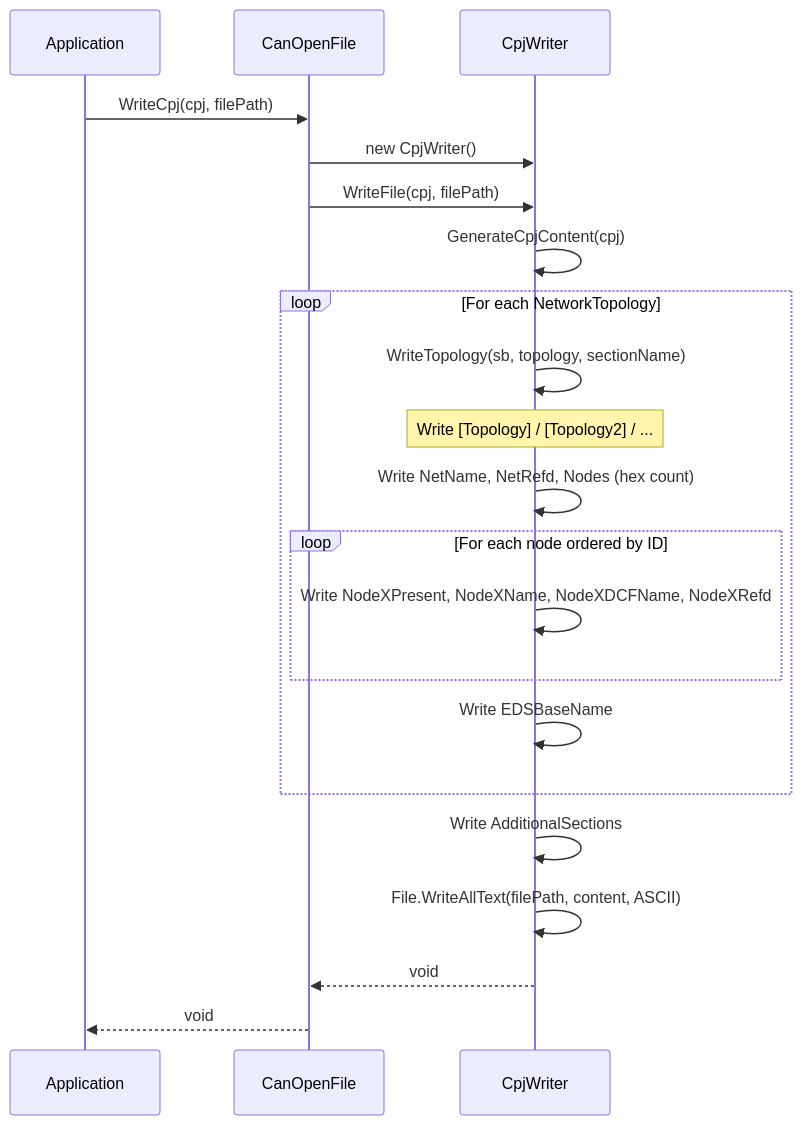
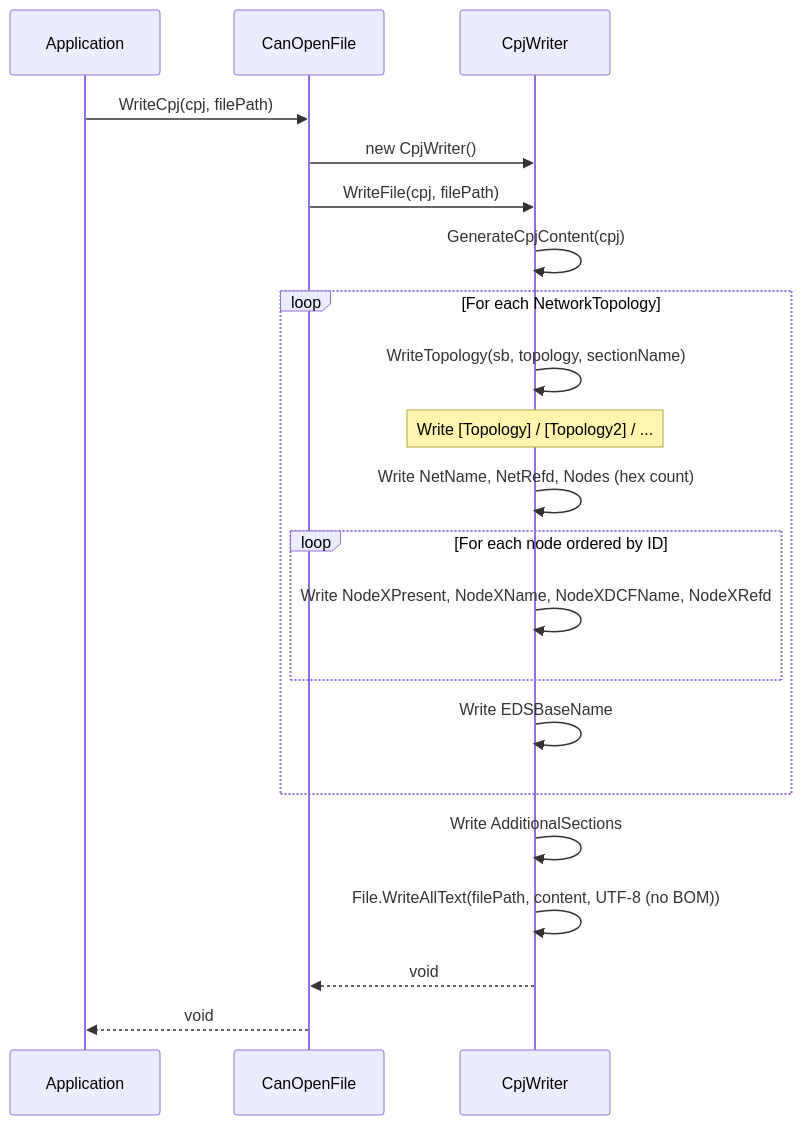
The sixth of 7 diagrams in docs/architecture/06-runtime-view.md (dborgards/eds-dcf-net), drawn with Mermaid before and after one commit. The commit also changed other lines of this file and 7 other files, not shown here.

````diff
--- a/docs/architecture/06-runtime-view.md
+++ b/docs/architecture/06-runtime-view.md
@@ -142,27 +142,27 @@
 ```mermaid
 sequenceDiagram
     participant App as Application
     participant CF as CanOpenFile
     participant CW as CpjWriter
 
     App->>CF: WriteCpj(cpj, filePath)
     CF->>CW: new CpjWriter()
     CF->>CW: WriteFile(cpj, filePath)
     CW->>CW: GenerateCpjContent(cpj)
 
     loop For each NetworkTopology
         CW->>CW: WriteTopology(sb, topology, sectionName)
         Note over CW: Write [Topology] / [Topology2] / ...
         CW->>CW: Write NetName, NetRefd, Nodes (hex count)
         loop For each node ordered by ID
             CW->>CW: Write NodeXPresent, NodeXName, NodeXDCFName, NodeXRefd
         end
         CW->>CW: Write EDSBaseName
     end
 
     CW->>CW: Write AdditionalSections
-    CW->>CW: File.WriteAllText(filePath, content, ASCII)
+    CW->>CW: File.WriteAllText(filePath, content, UTF-8 (no BOM))
 
     CW-->>CF: void
     CF-->>App: void
 ```
````
